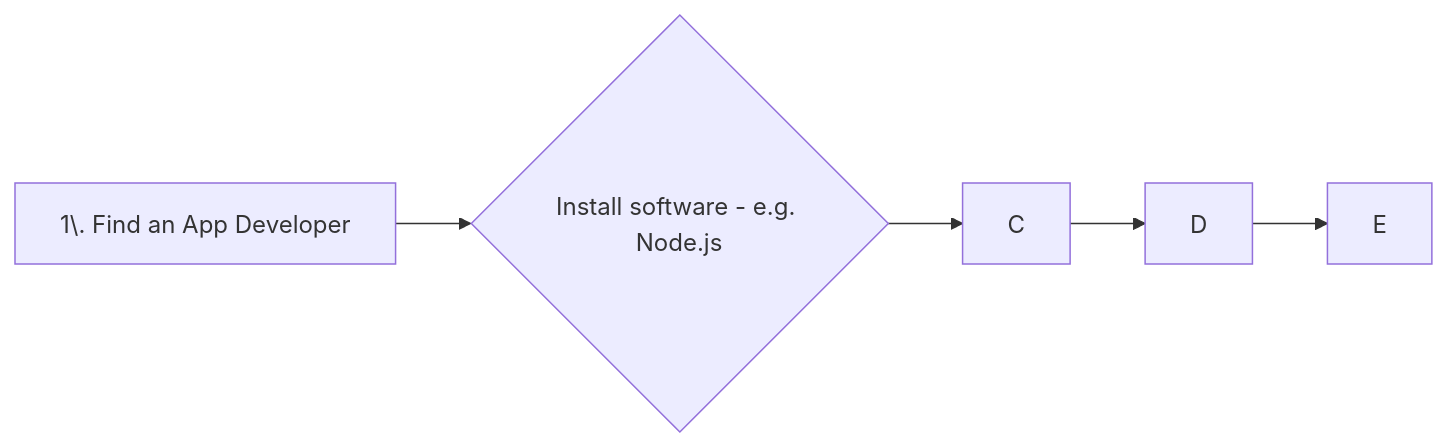
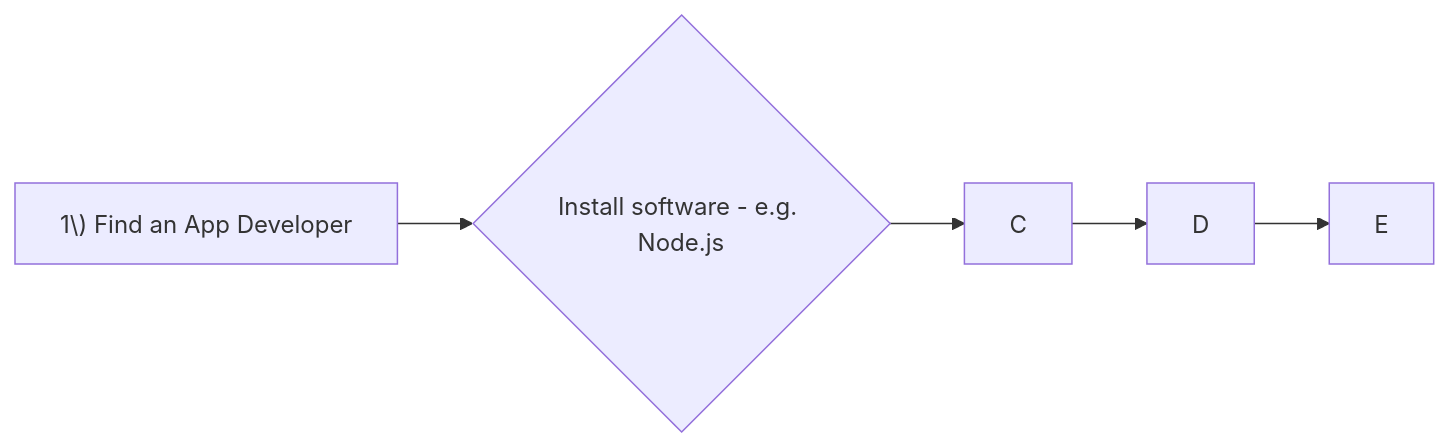
Before and after one commit to hmelner/MeshtasticNetworkGuide: the diagram in CommsAppBuilding&EASGuide.md, drawn with Mermaid.

````diff
--- a/CommsAppBuilding&EASGuide.md
+++ b/CommsAppBuilding&EASGuide.md
@@ -3,7 +3,7 @@
 ```mermaid
   graph LR
-  A["1\. Find an App Developer"] --> B{"Install software - e.g. Node.js"}
+  A["1\) Find an App Developer"] --> B{"Install software - e.g. Node.js"}
   B-->C
   C-->D
   D-->E
 ```
````
